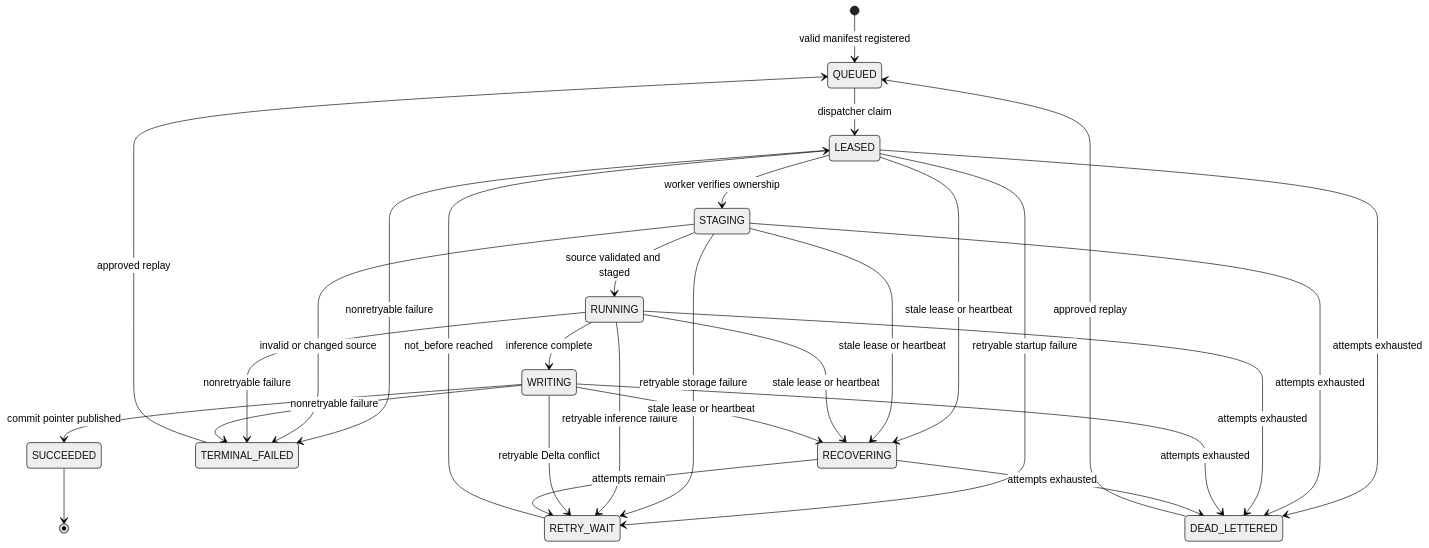
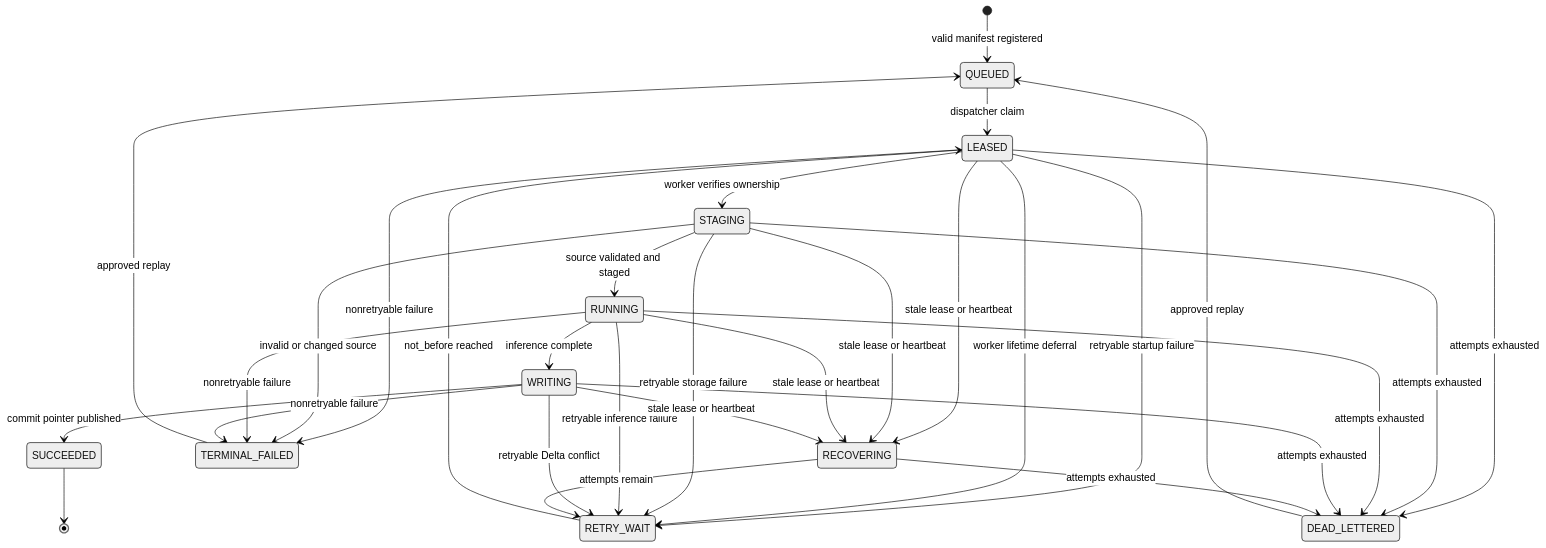
The fourth of 7 diagrams in notebooks/fabric/README.md (martins-vds/people-counter), drawn with Mermaid (neutral theme) before and after one commit. The commit also changed other lines of this file and 9 other files, not shown here.

````diff
--- a/notebooks/fabric/README.md
+++ b/notebooks/fabric/README.md
@@ -307,31 +305,32 @@
 ```mermaid
 stateDiagram-v2
     [*] --> QUEUED: valid manifest registered
     QUEUED --> LEASED: dispatcher claim
     RETRY_WAIT --> LEASED: not_before reached
     LEASED --> STAGING: worker verifies ownership
     STAGING --> RUNNING: source validated and staged
     RUNNING --> WRITING: inference complete
     WRITING --> SUCCEEDED: commit pointer published
     LEASED --> RETRY_WAIT: retryable startup failure
+    LEASED --> RETRY_WAIT: worker lifetime deferral
     STAGING --> RETRY_WAIT: retryable storage failure
     RUNNING --> RETRY_WAIT: retryable inference failure
     WRITING --> RETRY_WAIT: retryable Delta conflict
     LEASED --> TERMINAL_FAILED: nonretryable failure
     STAGING --> TERMINAL_FAILED: invalid or changed source
     RUNNING --> TERMINAL_FAILED: nonretryable failure
     WRITING --> TERMINAL_FAILED: nonretryable failure
     LEASED --> DEAD_LETTERED: attempts exhausted
     STAGING --> DEAD_LETTERED: attempts exhausted
     RUNNING --> DEAD_LETTERED: attempts exhausted
     WRITING --> DEAD_LETTERED: attempts exhausted
     LEASED --> RECOVERING: stale lease or heartbeat
     STAGING --> RECOVERING: stale lease or heartbeat
     RUNNING --> RECOVERING: stale lease or heartbeat
     WRITING --> RECOVERING: stale lease or heartbeat
     RECOVERING --> RETRY_WAIT: attempts remain
     RECOVERING --> DEAD_LETTERED: attempts exhausted
     TERMINAL_FAILED --> QUEUED: approved replay
     DEAD_LETTERED --> QUEUED: approved replay
     SUCCEEDED --> [*]
 ```
````
